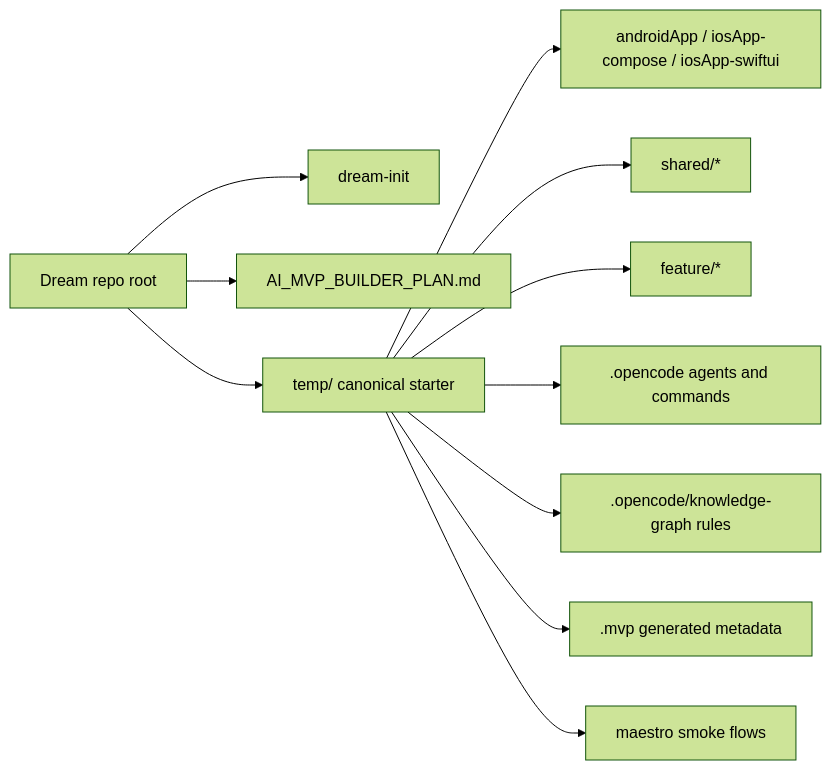
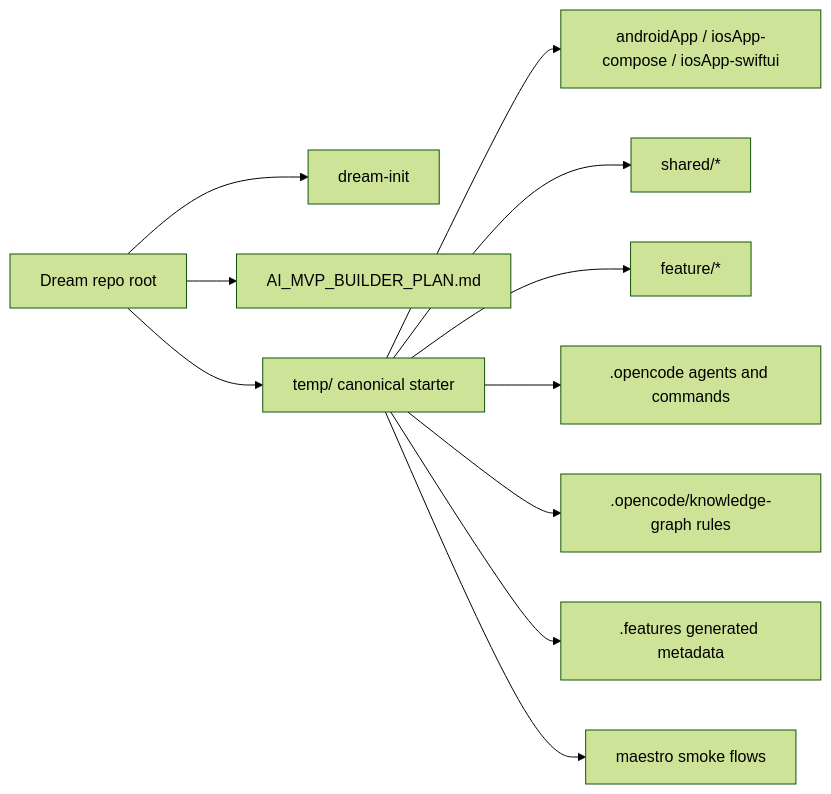
One commit to Helmy2/Dream changed the second of 8 diagrams in ONBOARDING.md. Above: the diagram before and after it, drawn with Mermaid (forest theme). The commit also changed other lines of this file and 67 other files, not shown here.

````diff
--- a/ONBOARDING.md
+++ b/ONBOARDING.md
@@ -37,13 +38,13 @@
 ```mermaid
 flowchart LR
     Root[Dream repo root] --> Init[dream-init]
     Root --> Plan[AI_MVP_BUILDER_PLAN.md]
     Root --> Temp[temp/ canonical starter]
     Temp --> Apps[androidApp / iosApp-compose / iosApp-swiftui]
     Temp --> Shared[shared/*]
     Temp --> Features[feature/*]
     Temp --> Agents[.opencode agents and commands]
     Temp --> Graph[.opencode/knowledge-graph rules]
-    Temp --> MVP[.mvp generated metadata]
+    Temp --> MVP[.features generated metadata]
     Temp --> Maestro[maestro smoke flows]
 ```
````
